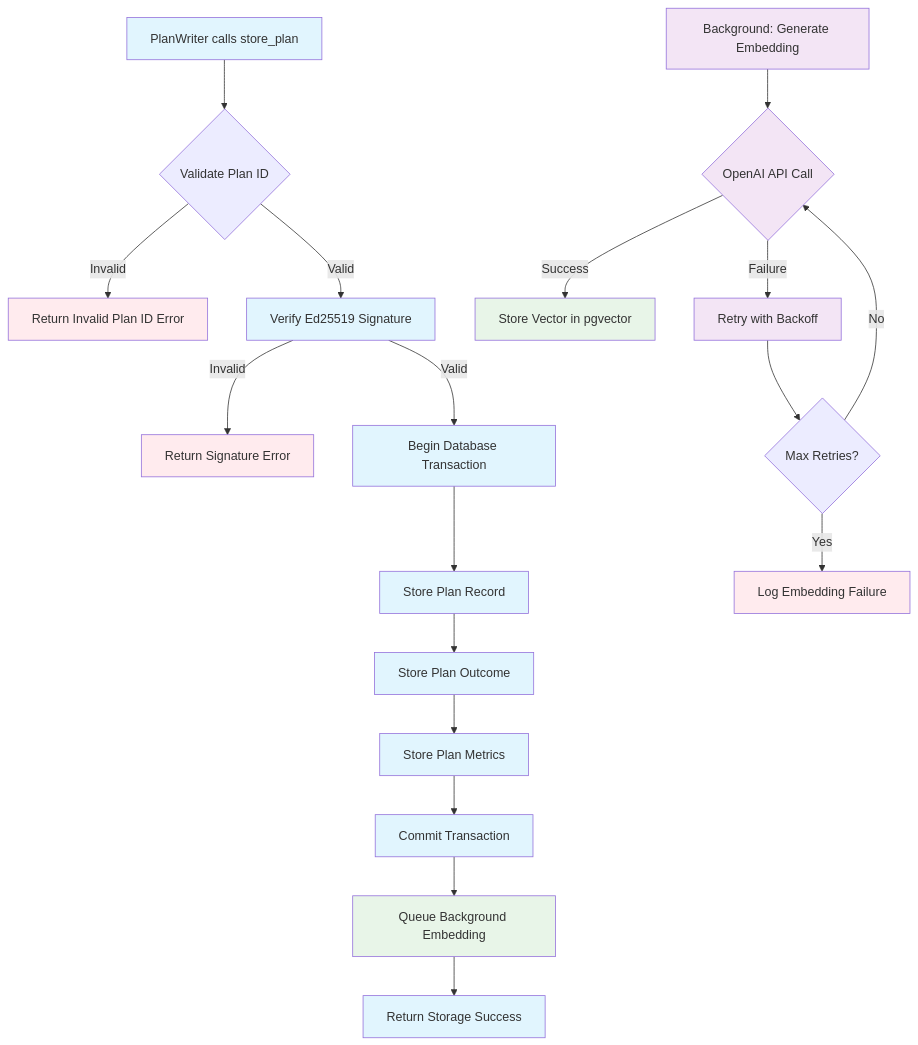
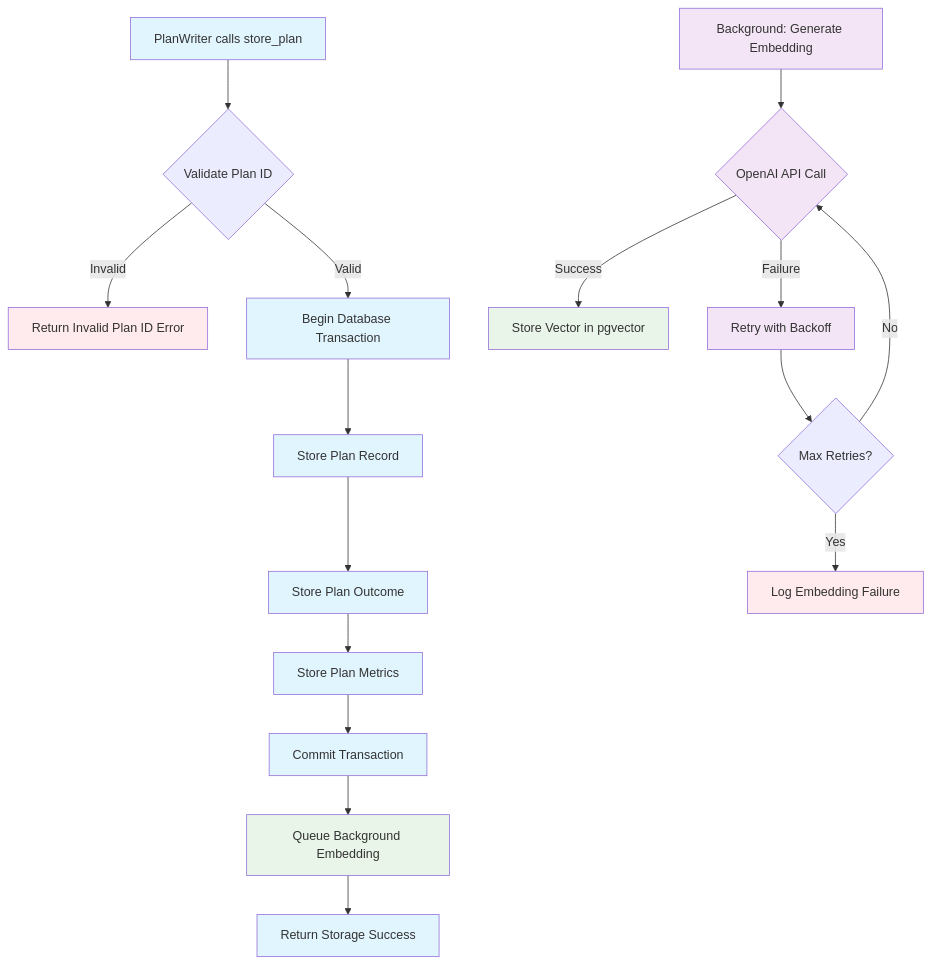
The first of 8 diagrams in components/PlanLibrary/diagrams/flow.md (AnantshreeChandola/Aexor), drawn with Mermaid before and after one commit. The commit also changed other lines of this file and 74 other files, not shown here.

````diff
--- a/components/PlanLibrary/diagrams/flow.md
+++ b/components/PlanLibrary/diagrams/flow.md
@@ -7,33 +7,31 @@
 ```mermaid
 graph TD
     A[PlanWriter calls store_plan] --> B{Validate Plan ID}
     B -->|Invalid| C[Return Invalid Plan ID Error]
-    B -->|Valid| D[Verify Ed25519 Signature]
-    D -->|Invalid| E[Return Signature Error]
-    D -->|Valid| F[Begin Database Transaction]
+    B -->|Valid| F[Begin Database Transaction]
     F --> G[Store Plan Record]
     G --> H[Store Plan Outcome]
     H --> I[Store Plan Metrics]
     I --> J[Commit Transaction]
     J --> K[Queue Background Embedding]
     K --> L[Return Storage Success]
     
     %% Background process
     M[Background: Generate Embedding] --> N{OpenAI API Call}
     N -->|Success| O[Store Vector in pgvector]
     N -->|Failure| P[Retry with Backoff]
     P --> Q{Max Retries?}
     Q -->|No| N
     Q -->|Yes| R[Log Embedding Failure]
     
     %% Styling
     classDef success fill:#e1f5fe
     classDef error fill:#ffebee
     classDef process fill:#f3e5f5
     classDef storage fill:#e8f5e8
     
-    class A,D,F,G,H,I,J,L success
-    class C,E,R error
+    class A,F,G,H,I,J,L success
+    class C,R error
     class M,N,P process
     class O,K storage
 ```
````
